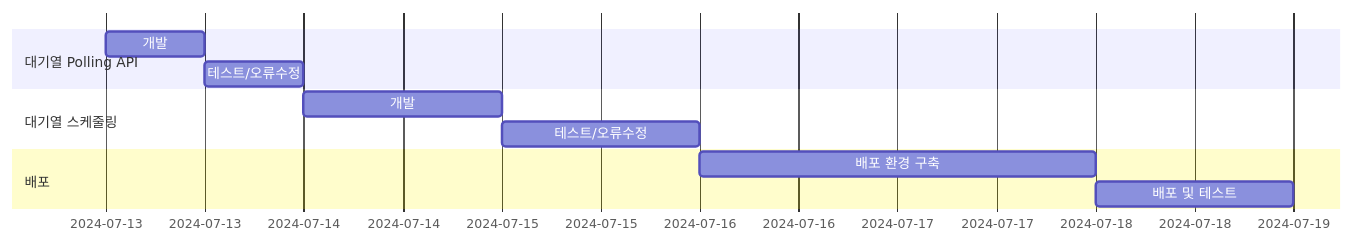
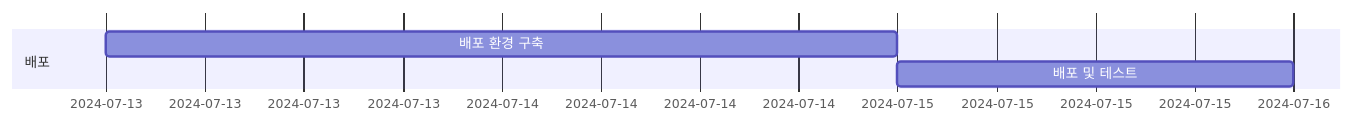
Diagram 13 of 14 in README.md (YoungWonBackendStudy/HHPlus-Concert-Reservation), drawn with Mermaid before and after one commit. The commit also changed other lines of this file, not shown here.

````diff
--- a/README.md
+++ b/README.md
@@ -222,14 +229,7 @@
 ```mermaid
 gantt
 dateFormat YYYY-MM-DD
-
-Section 대기열 Polling API
-    개발           : dev_tok_val, 2024-07-13, 12h
-    테스트/오류수정 : test_tok_val, after dev_tok_val, 12h
-Section 대기열 스케줄링
-    개발           : dev_waiting_sch, after test_tok_val, 1d
-    테스트/오류수정 : test_waiting_sch, after dev_waiting_sch, 1d
 Section 배포
-    배포 환경 구축  : env_setting, after test_waiting_sch, 2d
+    배포 환경 구축  : env_setting, 2024-07-13, 2d
     배포 및 테스트  : env_extra, after env_setting, 1d
 ```
````
